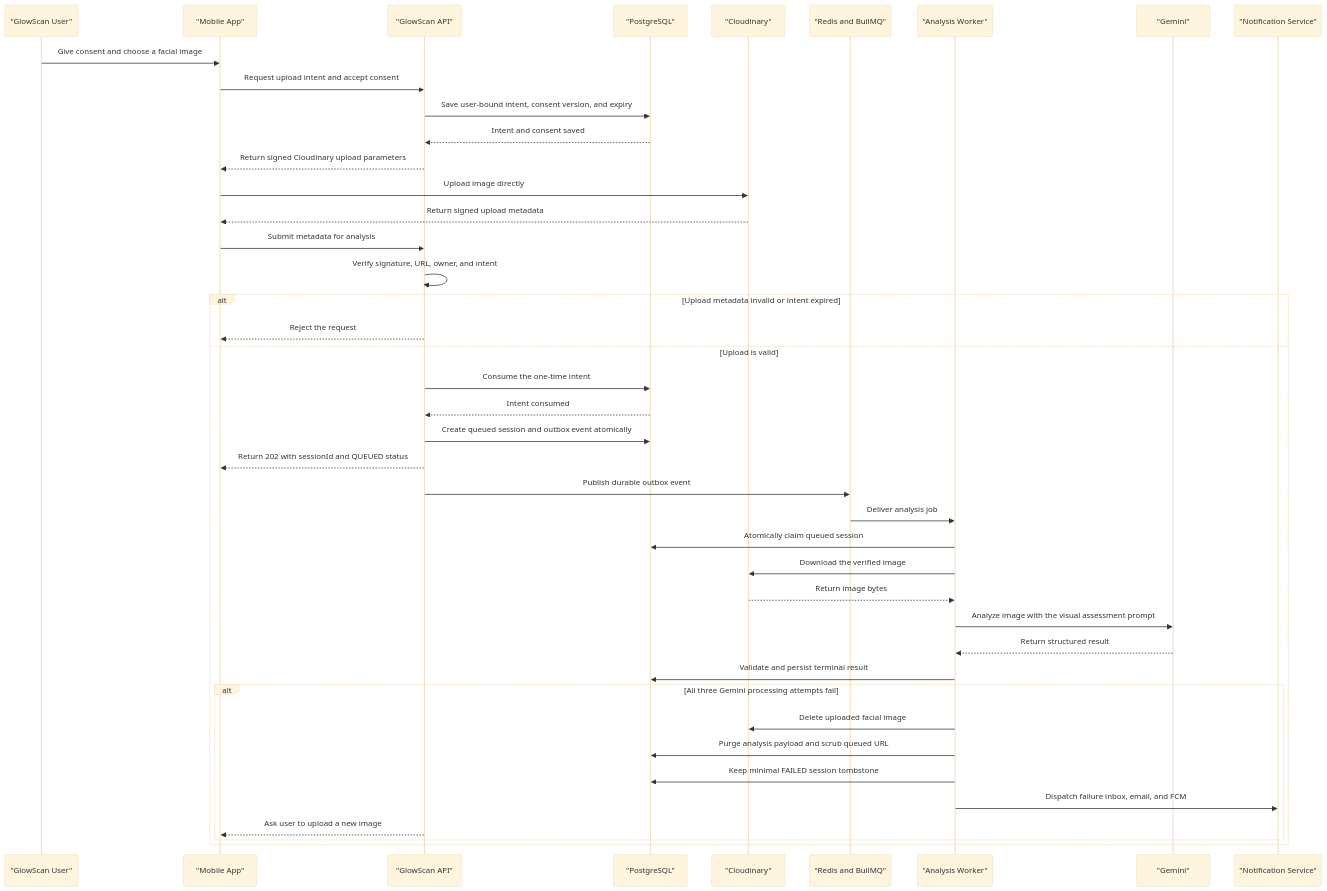
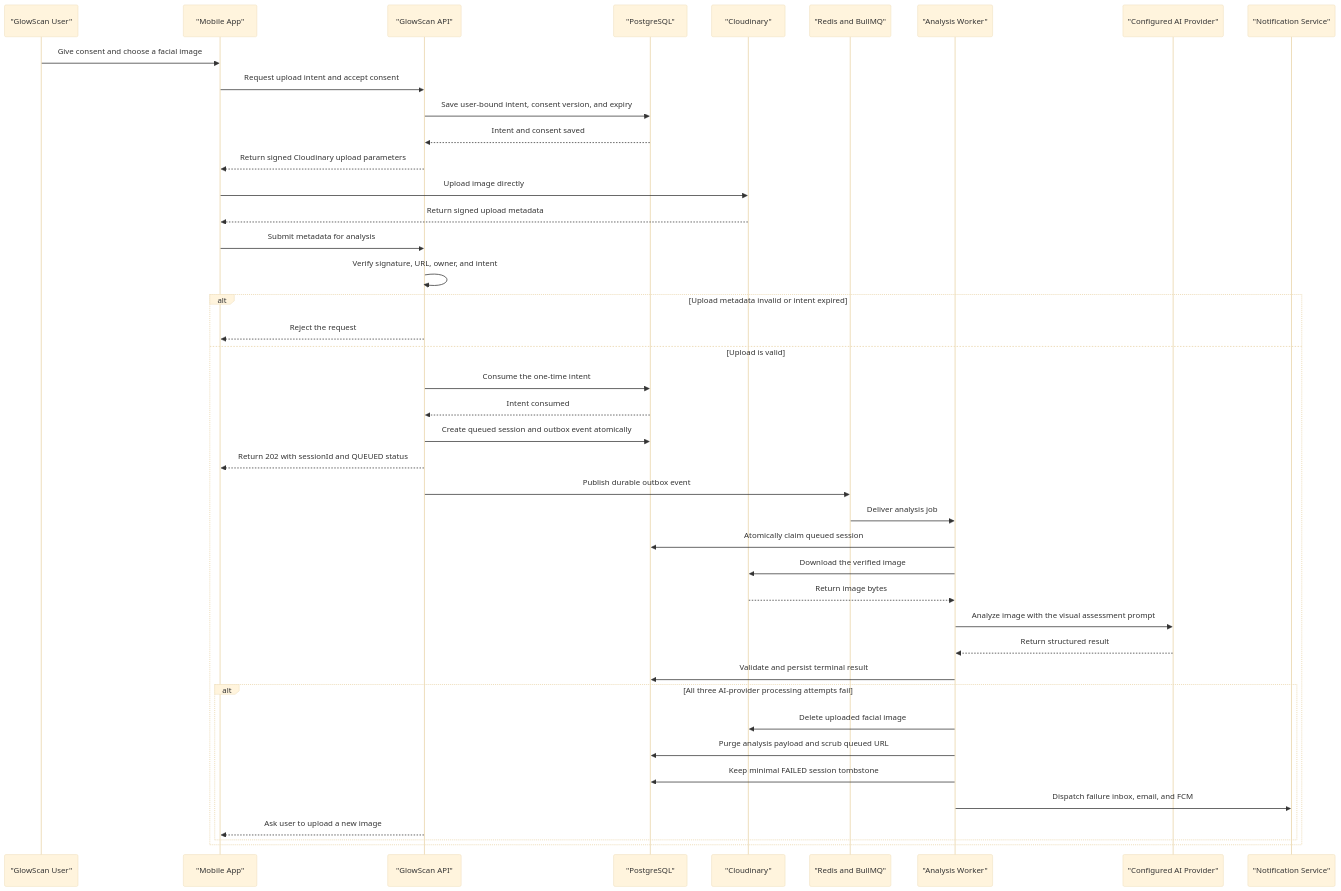
The diagram in docs/business/Skin-Analysis.md (PawPasta/glownscan_be), drawn with Mermaid (base theme) before and after one commit. The commit also changed other lines of this file and 6 other files, not shown here.

````diff
--- a/docs/business/Skin-Analysis.md
+++ b/docs/business/Skin-Analysis.md
@@ -112,45 +115,45 @@
 ```mermaid
 sequenceDiagram
     participant User as "GlowScan User"
     participant App as "Mobile App"
     participant API as "GlowScan API"
     participant DB as "PostgreSQL"
     participant Cloud as "Cloudinary"
     participant Redis as "Redis and BullMQ"
     participant Worker as "Analysis Worker"
-    participant Gemini as "Gemini"
+    participant AI as "Configured AI Provider"
     participant Notify as "Notification Service"
 
     User->>App: Give consent and choose a facial image
     App->>API: Request upload intent and accept consent
     API->>DB: Save user-bound intent, consent version, and expiry
     DB-->>API: Intent and consent saved
     API-->>App: Return signed Cloudinary upload parameters
     App->>Cloud: Upload image directly
     Cloud-->>App: Return signed upload metadata
     App->>API: Submit metadata for analysis
     API->>API: Verify signature, URL, owner, and intent
     alt Upload metadata invalid or intent expired
         API-->>App: Reject the request
     else Upload is valid
         API->>DB: Consume the one-time intent
         DB-->>API: Intent consumed
         API->>DB: Create queued session and outbox event atomically
         API-->>App: Return 202 with sessionId and QUEUED status
         API->>Redis: Publish durable outbox event
         Redis->>Worker: Deliver analysis job
         Worker->>DB: Atomically claim queued session
         Worker->>Cloud: Download the verified image
         Cloud-->>Worker: Return image bytes
-        Worker->>Gemini: Analyze image with the visual assessment prompt
-        Gemini-->>Worker: Return structured result
+        Worker->>AI: Analyze image with the visual assessment prompt
+        AI-->>Worker: Return structured result
         Worker->>DB: Validate and persist terminal result
-        alt All three Gemini processing attempts fail
+        alt All three AI-provider processing attempts fail
             Worker->>Cloud: Delete uploaded facial image
             Worker->>DB: Purge analysis payload and scrub queued URL
             Worker->>DB: Keep minimal FAILED session tombstone
             Worker->>Notify: Dispatch failure inbox, email, and FCM
             API-->>App: Ask user to upload a new image
         end
     end
 ```
````
